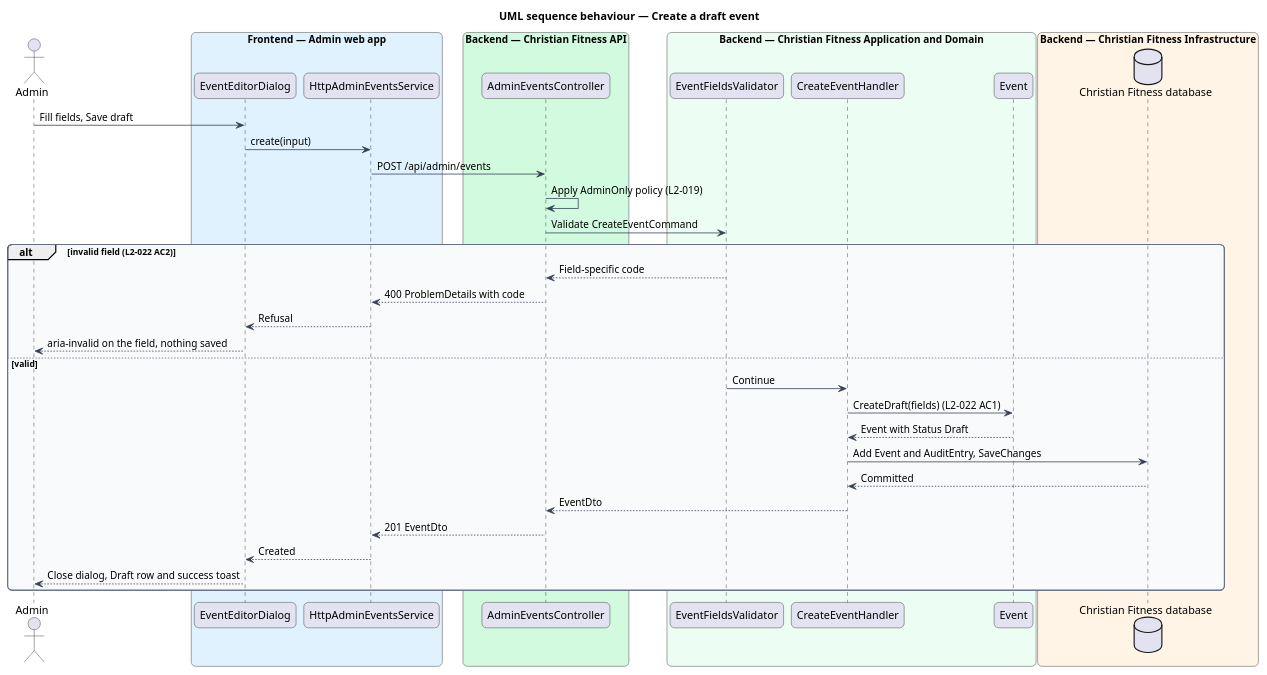
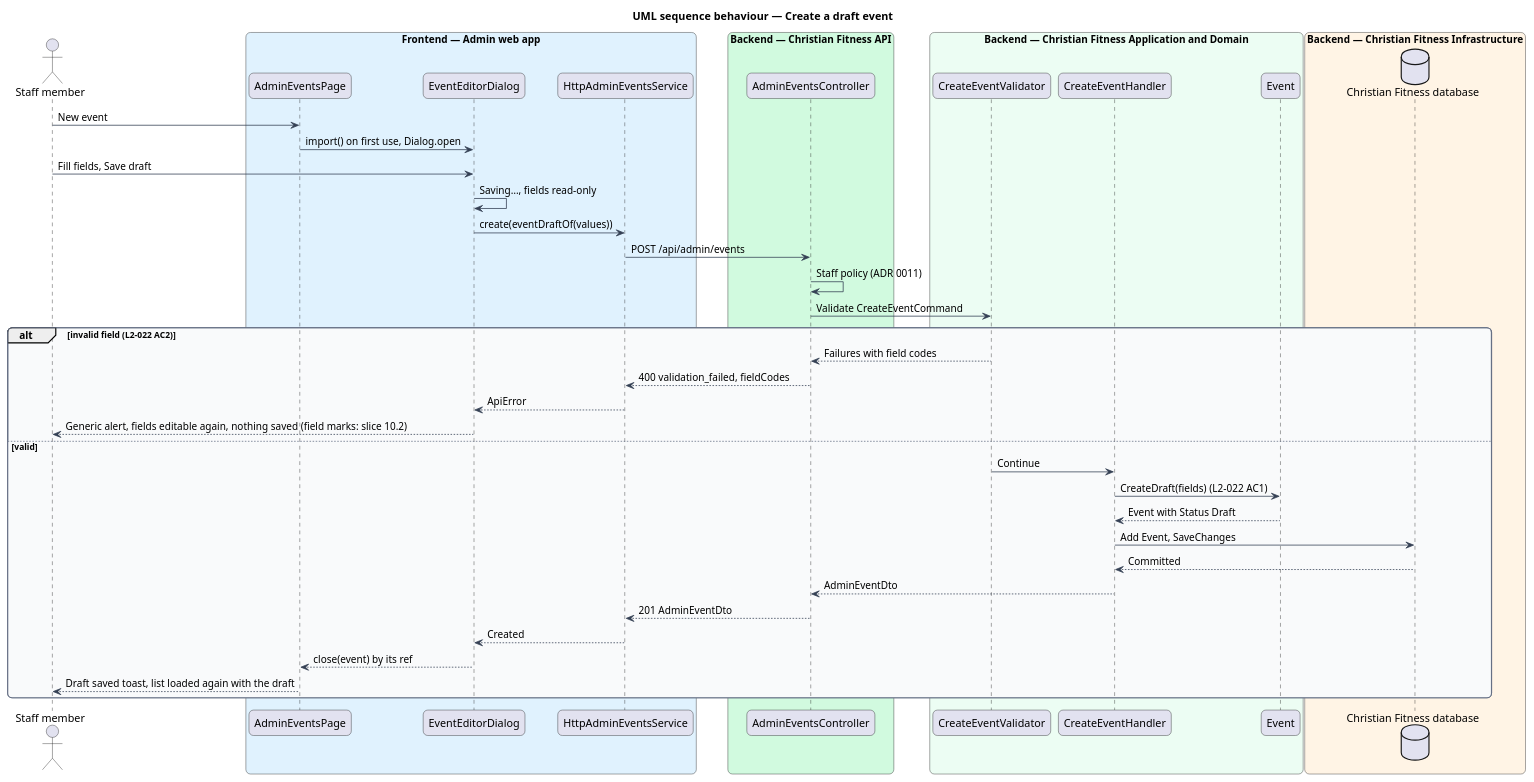
The diagram in docs/detailed-designs/admin-events/create-and-edit-events/diagrams/sequence-create-draft.puml (QuinntyneBrown/christian-fitness), drawn with PlantUML before and after one commit. The commit also changed 35 other files, not shown here.

```diff
--- a/docs/detailed-designs/admin-events/create-and-edit-events/diagrams/sequence-create-draft.puml
+++ b/docs/detailed-designs/admin-events/create-and-edit-events/diagrams/sequence-create-draft.puml
@@ -1,54 +1,59 @@
 @startuml
 title UML sequence behaviour — Create a draft event
 skinparam backgroundColor #FFFFFF
 skinparam shadowing false
 skinparam roundcorner 12
 skinparam defaultFontName Arial
 skinparam ArrowColor #344054
 skinparam rectangle {
   BorderColor #344054
   FontColor #101828
 }
 skinparam package {
   BorderColor #667085
   FontColor #101828
   BackgroundColor #F9FAFB
 }
-actor "Admin" as actor
+actor "Staff member" as actor
 box "Frontend — Admin web app" #E0F2FE
+  participant "AdminEventsPage" as page
   participant "EventEditorDialog" as dlg
   participant "HttpAdminEventsService" as client
 end box
 box "Backend — Christian Fitness API" #D1FADF
   participant "AdminEventsController" as ctrl
 end box
 box "Backend — Christian Fitness Application and Domain" #ECFDF3
-  participant "EventFieldsValidator" as val
+  participant "CreateEventValidator" as val
   participant "CreateEventHandler" as handler
   participant "Event" as entity
 end box
 box "Backend — Christian Fitness Infrastructure" #FFF4E5
   database "Christian Fitness database" as db
 end box
+actor -> page : New event
+page -> dlg : import() on first use, Dialog.open
 actor -> dlg : Fill fields, Save draft
-dlg -> client : create(input)
+dlg -> dlg : Saving…, fields read-only
+dlg -> client : create(eventDraftOf(values))
 client -> ctrl : POST /api/admin/events
-ctrl -> ctrl : Apply AdminOnly policy (L2-019)
+ctrl -> ctrl : Staff policy (ADR 0011)
 ctrl -> val : Validate CreateEventCommand
 alt invalid field (L2-022 AC2)
-  val --> ctrl : Field-specific code
-  ctrl --> client : 400 ProblemDetails with code
-  client --> dlg : Refusal
-  dlg --> actor : aria-invalid on the field, nothing saved
+  val --> ctrl : Failures with field codes
+  ctrl --> client : 400 validation_failed, fieldCodes
+  client --> dlg : ApiError
+  dlg --> actor : Generic alert, fields editable again, nothing saved (field marks: slice 10.2)
 else valid
   val -> handler : Continue
   handler -> entity : CreateDraft(fields) (L2-022 AC1)
   entity --> handler : Event with Status Draft
-  handler -> db : Add Event and AuditEntry, SaveChanges
+  handler -> db : Add Event, SaveChanges
   db --> handler : Committed
-  handler --> ctrl : EventDto
-  ctrl --> client : 201 EventDto
+  handler --> ctrl : AdminEventDto
+  ctrl --> client : 201 AdminEventDto
   client --> dlg : Created
-  dlg --> actor : Close dialog, Draft row and success toast
+  dlg --> page : close(event) by its ref
+  page --> actor : Draft saved toast, list loaded again with the draft
 end
 @enduml
```
